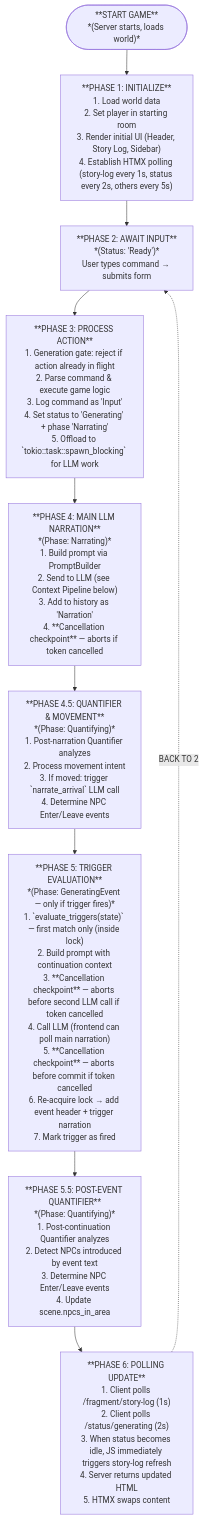
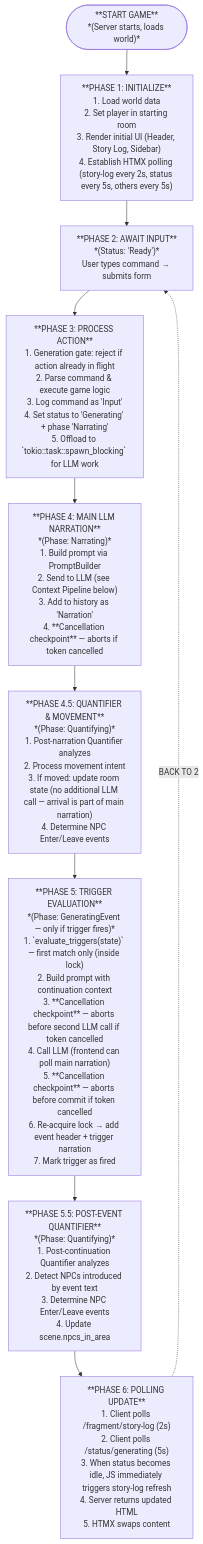
The first of 3 diagrams in chronicler_engine/docs/system/game_flow.md (notsonormal/chronicler-engine), drawn with Mermaid before and after one commit. The commit also changed other lines of this file and 48 other files, not shown here.

````diff
--- a/chronicler_engine/docs/system/game_flow.md
+++ b/chronicler_engine/docs/system/game_flow.md
@@ -11,30 +11,30 @@
 ```mermaid
 flowchart TD
     Start(["**START GAME**<br>*(Server starts, loads world)*"])
     
-    Phase1["**PHASE 1: INITIALIZE**<br>1. Load world data<br>2. Set player in starting room<br>3. Render initial UI (Header, Story Log, Sidebar)<br>4. Establish HTMX polling (story-log every 1s, status every 2s, others every 5s)"]
+    Phase1["**PHASE 1: INITIALIZE**<br>1. Load world data<br>2. Set player in starting room<br>3. Render initial UI (Header, Story Log, Sidebar)<br>4. Establish HTMX polling (story-log every 2s, status every 5s, others every 5s)"]
     
     Phase2["**PHASE 2: AWAIT INPUT**<br>*(Status: 'Ready')*<br>User types command → submits form"]
     
     Phase3["**PHASE 3: PROCESS ACTION**<br>1. Generation gate: reject if action already in flight<br>2. Parse command & execute game logic<br>3. Log command as 'Input'<br>4. Set status to 'Generating' + phase 'Narrating'<br>5. Offload to `tokio::task::spawn_blocking` for LLM work"]
     
     Phase4["**PHASE 4: MAIN LLM NARRATION**<br>*(Phase: Narrating)*<br>1. Build prompt via PromptBuilder<br>2. Send to LLM (see Context Pipeline below)<br>3. Add to history as 'Narration'<br>4. **Cancellation checkpoint** — aborts if token cancelled"]
     
-    Phase45["**PHASE 4.5: QUANTIFIER & MOVEMENT**<br>*(Phase: Quantifying)*<br>1. Post-narration Quantifier analyzes<br>2. Process movement intent<br>3. If moved: trigger `narrate_arrival` LLM call<br>4. Determine NPC Enter/Leave events"]
+    Phase45["**PHASE 4.5: QUANTIFIER & MOVEMENT**<br>*(Phase: Quantifying)*<br>1. Post-narration Quantifier analyzes<br>2. Process movement intent<br>3. If moved: update room state (no additional LLM call — arrival is part of main narration)<br>4. Determine NPC Enter/Leave events"]
     
     Phase5["**PHASE 5: TRIGGER EVALUATION**<br>*(Phase: GeneratingEvent — only if trigger fires)*<br>1. `evaluate_triggers(state)` — first match only (inside lock)<br>2. Build prompt with continuation context<br>3. **Cancellation checkpoint** — aborts before second LLM call if token cancelled<br>4. Call LLM (frontend can poll main narration)<br>5. **Cancellation checkpoint** — aborts before commit if token cancelled<br>6. Re-acquire lock → add event header + trigger narration<br>7. Mark trigger as fired"]
 
     Phase55["**PHASE 5.5: POST-EVENT QUANTIFIER**<br>*(Phase: Quantifying)*<br>1. Post-continuation Quantifier analyzes<br>2. Detect NPCs introduced by event text<br>3. Determine NPC Enter/Leave events<br>4. Update scene.npcs_in_area"]
     
-    Phase6["**PHASE 6: POLLING UPDATE**<br>1. Client polls /fragment/story-log (1s)<br>2. Client polls /status/generating (2s)<br>3. When status becomes idle, JS immediately triggers story-log refresh<br>4. Server returns updated HTML<br>5. HTMX swaps content"]
+    Phase6["**PHASE 6: POLLING UPDATE**<br>1. Client polls /fragment/story-log (2s)<br>2. Client polls /status/generating (5s)<br>3. When status becomes idle, JS immediately triggers story-log refresh<br>4. Server returns updated HTML<br>5. HTMX swaps content"]
 
     Start --> Phase1
     Phase1 --> Phase2
     Phase2 --> Phase3
     Phase3 --> Phase4
     Phase4 --> Phase45
     Phase45 --> Phase5
     Phase5 --> Phase55
     Phase55 --> Phase6
     Phase6 -.->|BACK TO 2| Phase2
 ```
````
